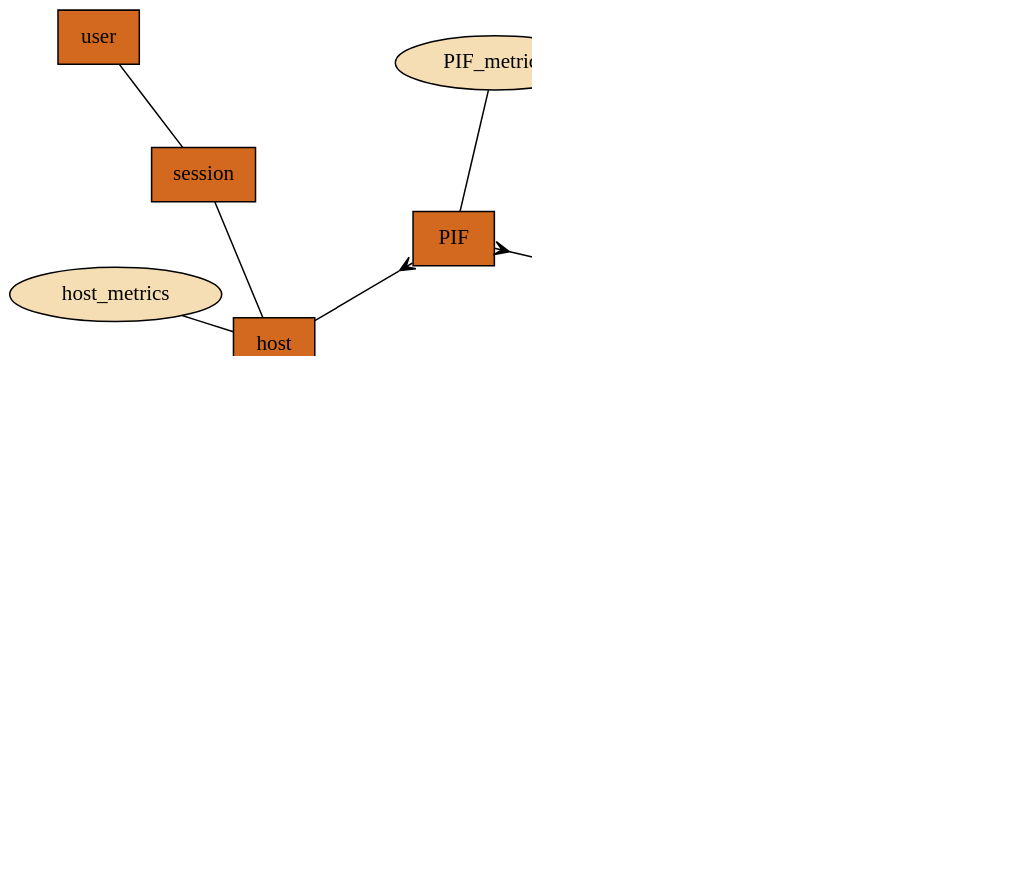
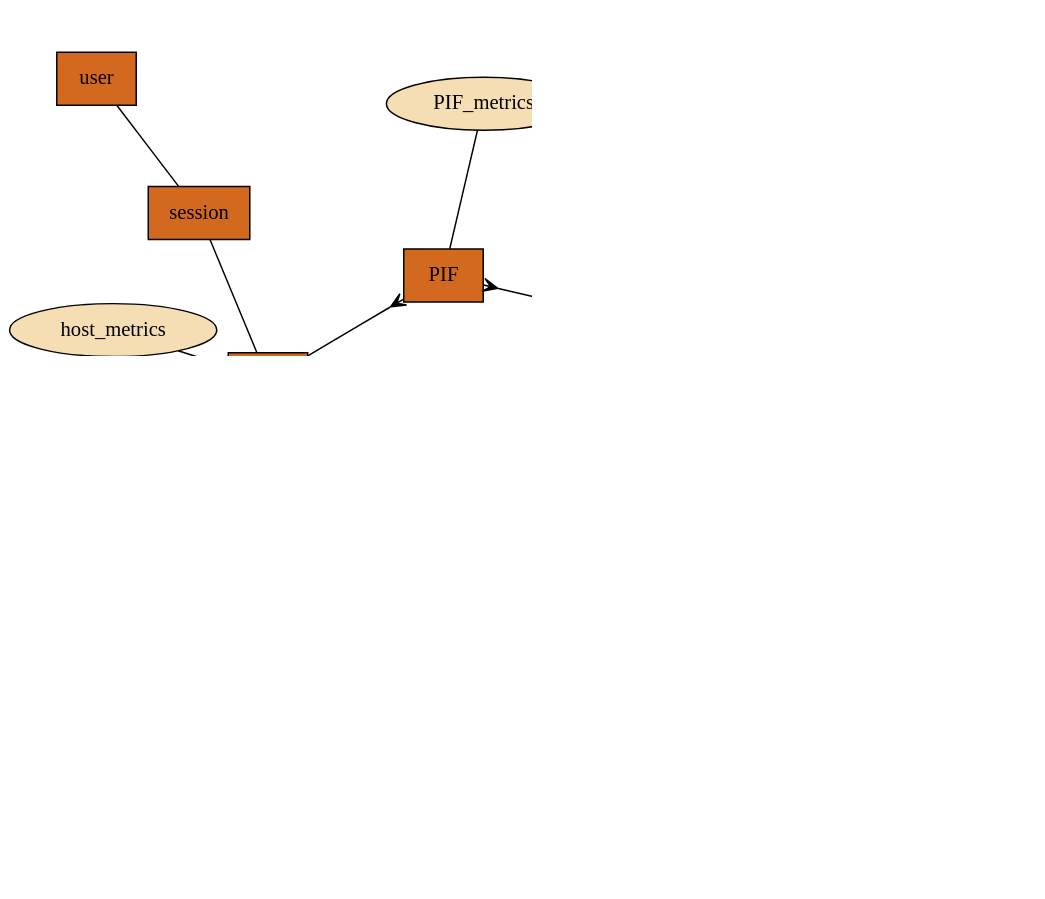
Before and after one commit to xapi-project/xen-api: the diagram in ocaml/doc/classes.dot, drawn with Graphviz. The commit also changed 11 other files, not shown here.

First line of the commit message:
Add class pool_metrics and its field user_agents

```diff
--- a/ocaml/doc/classes.dot
+++ b/ocaml/doc/classes.dot
@@ -1,61 +1,63 @@
 digraph "graph" {
   fontname="Verdana";
   start=7;
   layout=neato;
   overlap=scale;
   size="3,5";
   resolution=210;
 
   node [shape=box style=filled fillcolor=chocolate];
       host [URL="?c=host"]
       PBD [URL="?c=PBD"]
       SR [URL="?c=SR"]
       VDI [URL="?c=VDI"]
       VBD [URL="?c=VBD"]
       VM [URL="?c=VM"]
       VIF [URL="?c=VIF"]
       network [URL="?c=network"]
       PIF [URL="?c=PIF"]
       user [URL="?c=user"]
       session [URL="?c=session"]
       VGPU [URL="?c=VGPU"]
       PGPU [URL="?c=PGPU"]
       GPU_group [URL="?c=GPU_group"];
 
   node [shape=ellipse style=filled fillcolor=wheat];
       pool [URL="?c=pool"]
+      pool_metrics [URL="?c=pool_metrics"]
       task [URL="?c=task"]
       event [URL="?c=event"]
       host_cpu [URL="?c=host_cpu"]
       host_metrics [URL="?c=host_metrics"]
       SM [URL="?c=SM"]
       VM_metrics [URL="?c=VM_metrics"]
       VM_guest_metrics [URL="?c=VM_guest_metrics"]
       console [URL="?c=console"]
       PIF_metrics [URL="?c=PIF_metrics"];
 
   edge [arrowhead="none", arrowtail="none"]
 
   user -> session
   session -> host
   host -> host_metrics
   host -> host_cpu
   host -> PBD [arrowhead="crow"]
   host -> PGPU [arrowhead="crow"]
   SR -> PBD [arrowhead="crow"]
   SR -> VDI [arrowhead="crow"]
   SR -> SM
   VDI -> VBD [arrowhead="crow"]
   VM -> VBD  [arrowhead="crow"]
   VM -> VIF [arrowhead="crow"]
   VM -> VM_metrics
   VM -> VM_guest_metrics
   VM -> console [arrowhead="crow"]
   VM-> VGPU [arrowhead="crow"]
   GPU_group -> VGPU [arrowhead="crow"]
   GPU_group -> PGPU [arrowhead="crow"]
   network -> VIF [arrowhead="crow"]
   network -> PIF [arrowhead="crow"]
   host -> PIF [arrowhead="crow"]
   PIF -> PIF_metrics
+  pool -> pool_metrics
 }
```
